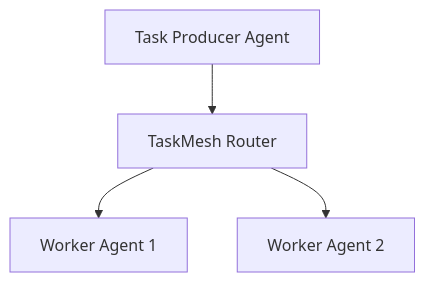
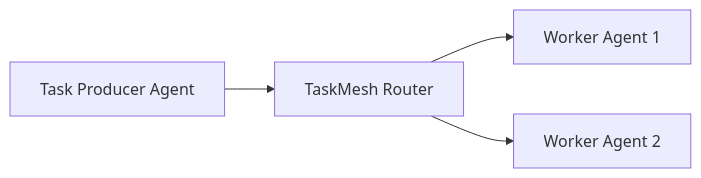
One commit to joshualamerton/TaskMesh changed the diagram in README.md. Above: the diagram before and after it, drawn with Mermaid. The commit also changed other lines of this file and 1 other file, not shown here.

````diff
--- a/README.md
+++ b/README.md
@@ -23,12 +48,6 @@
 ```mermaid
-flowchart TB
-
-A[Task Producer Agent]
-B[TaskMesh Router]
-C[Worker Agent 1]
-D[Worker Agent 2]
-
-A --> B
-B --> C
-B --> D
+graph LR
+    A[Task Producer Agent] --> B[TaskMesh Router]
+    B --> C[Worker Agent 1]
+    B --> D[Worker Agent 2]
 ```
````
